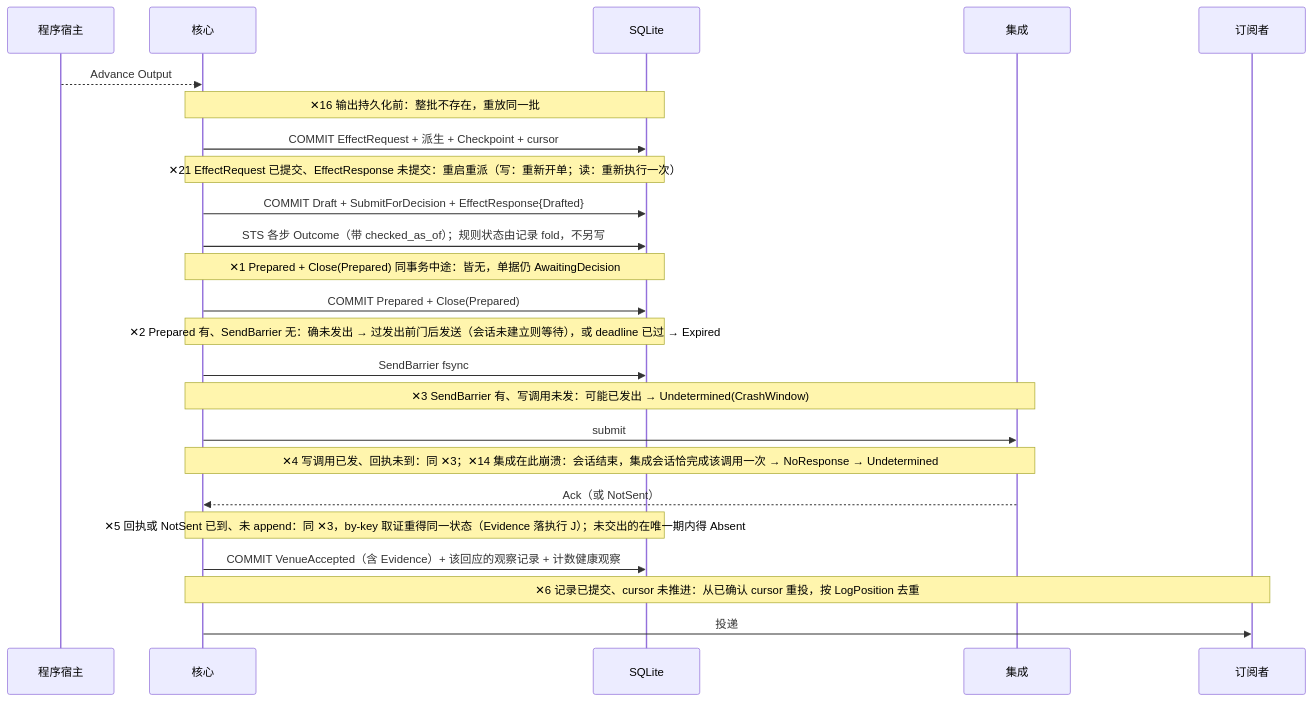
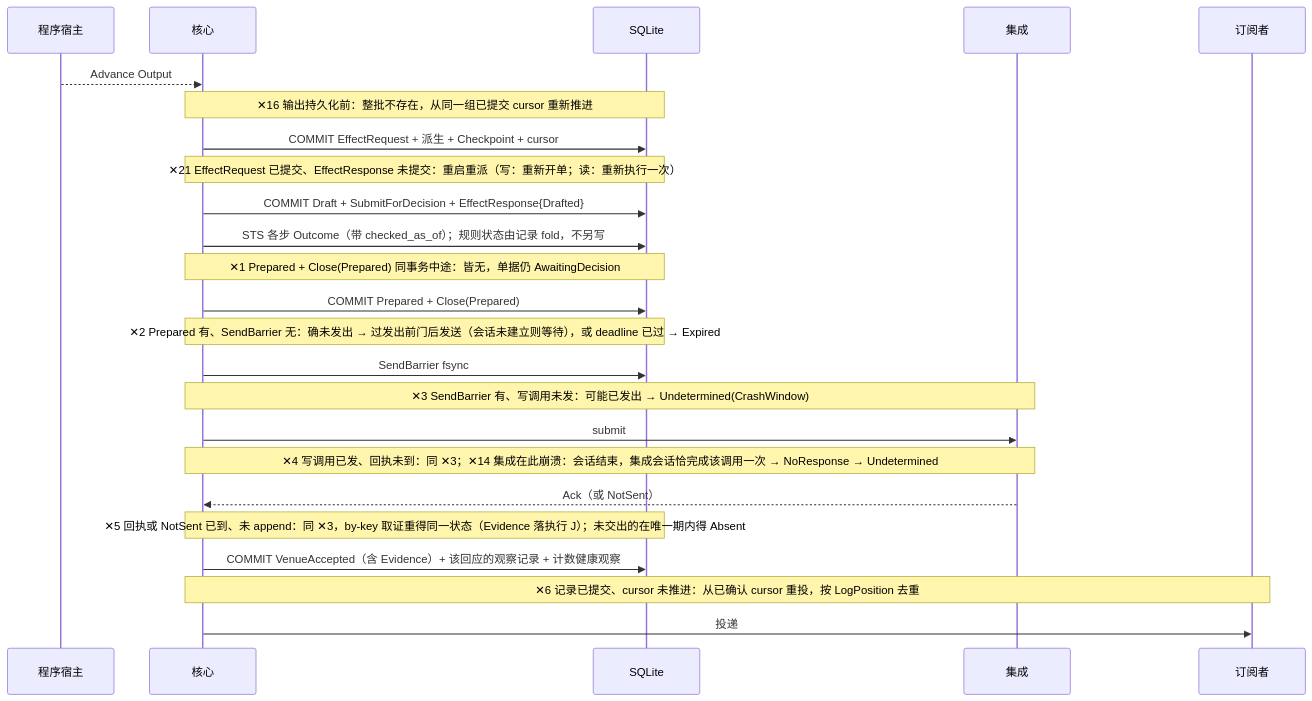
One commit to mouriya-s-lab/uta changed the second of 4 diagrams in design/diagrams/07-crash-recovery.md. Above: the diagram before and after it, drawn with Mermaid. The commit also changed other lines of this file and 14 other files, not shown here.

````diff
--- a/design/diagrams/07-crash-recovery.md
+++ b/design/diagrams/07-crash-recovery.md
@@ -37,26 +37,26 @@
 ```mermaid
 sequenceDiagram
   participant H as 程序宿主
   participant C as 核心
   participant DB as SQLite
   participant I as 集成
   participant A as 订阅者
   H-->>C: Advance Output
-  Note over C,DB: ✕16 输出持久化前：整批不存在，重放同一批
+  Note over C,DB: ✕16 输出持久化前：整批不存在，从同一组已提交 cursor 重新推进
   C->>DB: COMMIT EffectRequest + 派生 + Checkpoint + cursor
   Note over C,DB: ✕21 EffectRequest 已提交、EffectResponse 未提交：重启重派（写：重新开单；读：重新执行一次）
   C->>DB: COMMIT Draft + SubmitForDecision + EffectResponse{Drafted}
   C->>DB: STS 各步 Outcome（带 checked_as_of）；规则状态由记录 fold，不另写
   Note over C,DB: ✕1 Prepared + Close(Prepared) 同事务中途：皆无，单据仍 AwaitingDecision
   C->>DB: COMMIT Prepared + Close(Prepared)
   Note over C,DB: ✕2 Prepared 有、SendBarrier 无：确未发出 → 过发出前门后发送（会话未建立则等待），或 deadline 已过 → Expired
   C->>DB: SendBarrier fsync
   Note over C,I: ✕3 SendBarrier 有、写调用未发：可能已发出 → Undetermined(CrashWindow)
   C->>I: submit
   Note over C,I: ✕4 写调用已发、回执未到：同 ✕3；✕14 集成在此崩溃：会话结束，集成会话恰完成该调用一次 → NoResponse → Undetermined
   I-->>C: Ack（或 NotSent）
   Note over C,DB: ✕5 回执或 NotSent 已到、未 append：同 ✕3，by-key 取证重得同一状态（Evidence 落执行 J）；未交出的在唯一期内得 Absent
   C->>DB: COMMIT VenueAccepted（含 Evidence）+ 该回应的观察记录 + 计数健康观察
   Note over C,A: ✕6 记录已提交、cursor 未推进：从已确认 cursor 重投，按 LogPosition 去重
   C->>A: 投递
 ```
````
